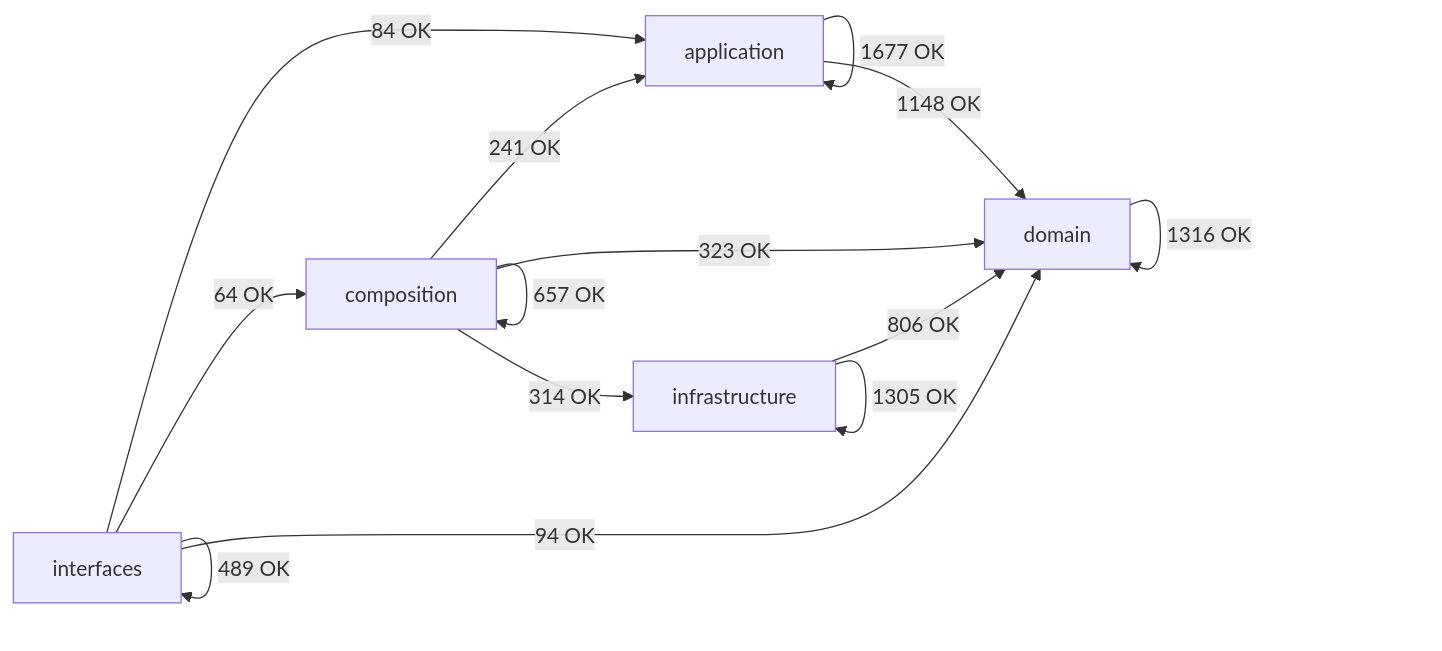
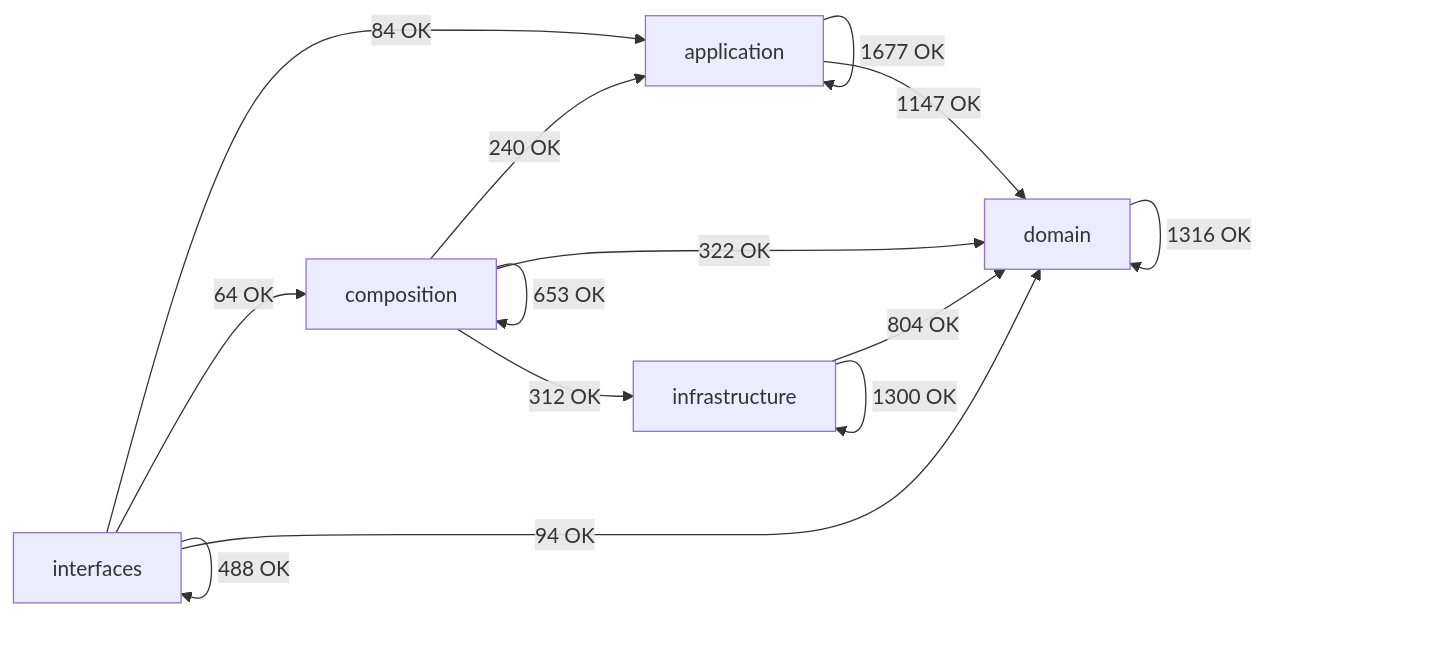
Before and after one commit to SatoryKono/BioactivityDataAcquisition: the diagram in docs/02-architecture/generated/module-dependency-map.md, drawn with Mermaid. The commit also changed other lines of this file and 277 other files, not shown here.

````diff
--- a/docs/02-architecture/generated/module-dependency-map.md
+++ b/docs/02-architecture/generated/module-dependency-map.md
@@ -17,21 +17,21 @@
 ```mermaid
 flowchart LR
     domain[domain]
     application[application]
     infrastructure[infrastructure]
     composition[composition]
     interfaces[interfaces]
     application -->|1677 OK| application
-    application -->|1148 OK| domain
-    composition -->|241 OK| application
-    composition -->|657 OK| composition
-    composition -->|323 OK| domain
-    composition -->|314 OK| infrastructure
+    application -->|1147 OK| domain
+    composition -->|240 OK| application
+    composition -->|653 OK| composition
+    composition -->|322 OK| domain
+    composition -->|312 OK| infrastructure
     domain -->|1316 OK| domain
-    infrastructure -->|806 OK| domain
-    infrastructure -->|1305 OK| infrastructure
+    infrastructure -->|804 OK| domain
+    infrastructure -->|1300 OK| infrastructure
     interfaces -->|84 OK| application
     interfaces -->|64 OK| composition
     interfaces -->|94 OK| domain
-    interfaces -->|489 OK| interfaces
+    interfaces -->|488 OK| interfaces
 ```
````
